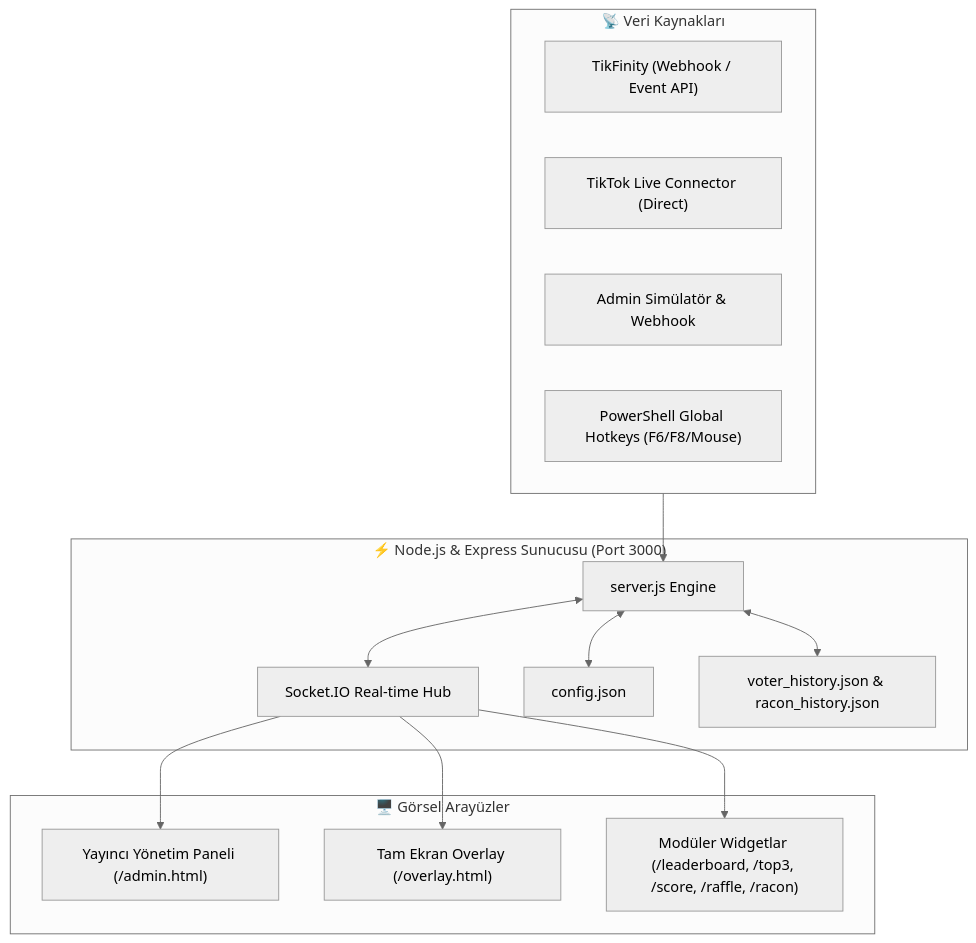
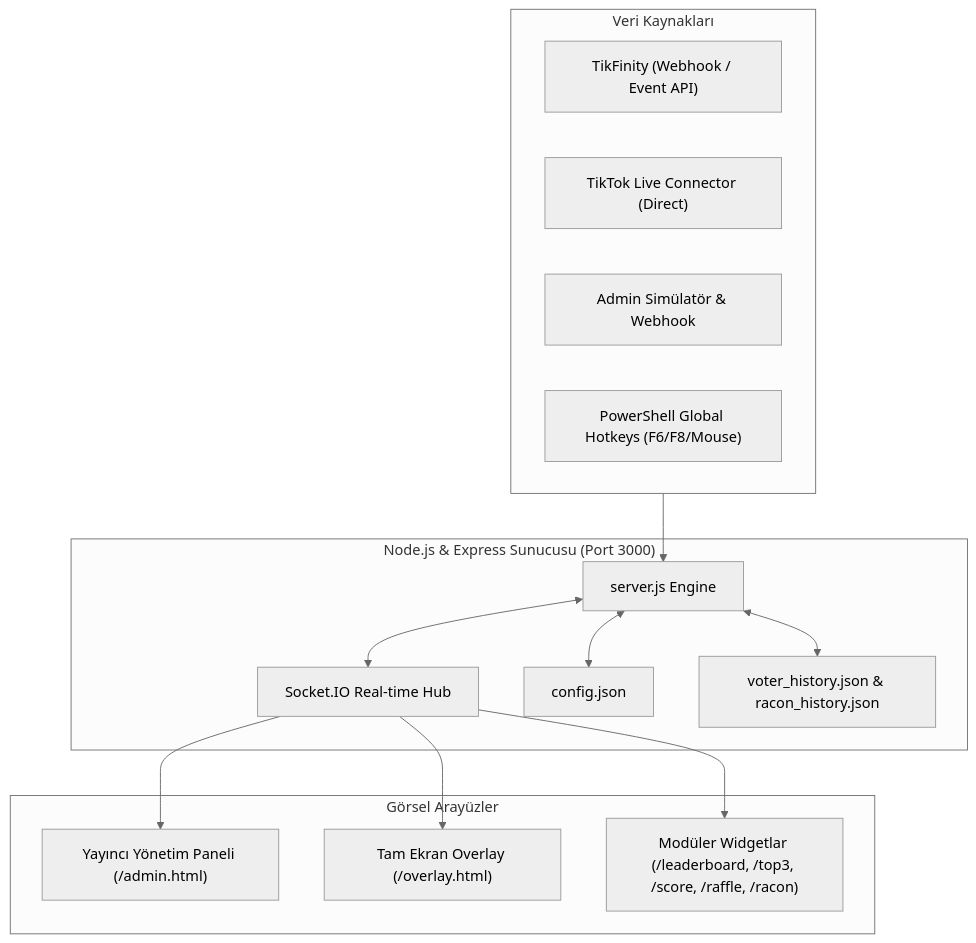
Before and after one commit to omerfys/tiktok-live-rating-overlay: the diagram in README.md, drawn with Mermaid (neutral theme).

Commit message:
docs(diagram): remove emojis from mermaid subgraph titles

````diff
--- a/README.md
+++ b/README.md
@@ -54,30 +54,30 @@
 ```mermaid
 flowchart TD
-    subgraph StreamSources ["📡 Veri Kaynakları"]
+    subgraph StreamSources ["Veri Kaynakları"]
         TF["TikFinity (Webhook / Event API)"]
         TLC["TikTok Live Connector (Direct)"]
         BOT["Admin Simülatör & Webhook"]
         HK["PowerShell Global Hotkeys (F6/F8/Mouse)"]
     end
 
-    subgraph CoreEngine ["⚡ Node.js & Express Sunucusu (Port 3000)"]
+    subgraph CoreEngine ["Node.js & Express Sunucusu (Port 3000)"]
         SRV["server.js Engine"]
         SOC["Socket.IO Real-time Hub"]
         CFG["config.json"]
         HST["voter_history.json & racon_history.json"]
     end
 
-    subgraph Interfaces ["🖥️ Görsel Arayüzler"]
+    subgraph Interfaces ["Görsel Arayüzler"]
         ADM["Yayıncı Yönetim Paneli (/admin.html)"]
         FULL["Tam Ekran Overlay (/overlay.html)"]
         MOD["Modüler Widgetlar (/leaderboard, /top3, /score, /raffle, /racon)"]
     end
 
     StreamSources --> SRV
     SRV <--> SOC
     SRV <--> CFG
     SRV <--> HST
     SOC --> ADM
     SOC --> FULL
     SOC --> MOD
 ```
````
